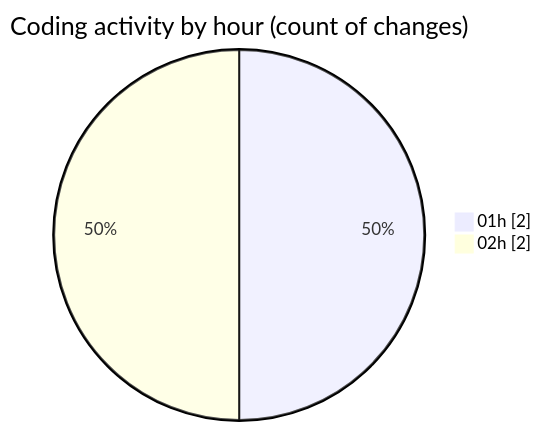
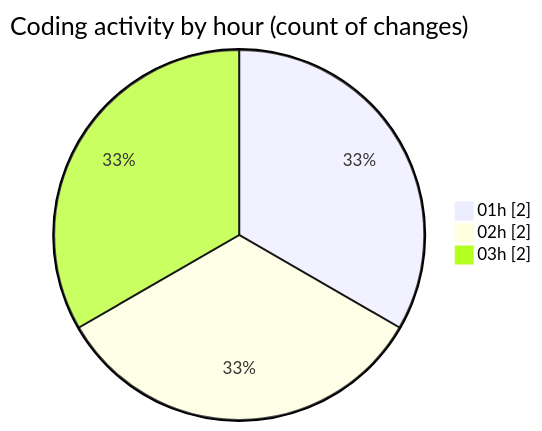
The second of 2 diagrams in 2025-07-13/drive-download-20250712t233552z-1-001/README.md (EIIisD/code-tracking), drawn with Mermaid before and after one commit. The commit also changed other lines of this file and 1 other file, not shown here.

````diff
--- a/2025-07-13/drive-download-20250712t233552z-1-001/README.md
+++ b/2025-07-13/drive-download-20250712t233552z-1-001/README.md
@@ -31,6 +33,7 @@
 ```mermaid
 pie showData
 title Coding activity by hour (count of changes)
 "01h" : 2
 "02h" : 2
+"03h" : 2
 ```
````
